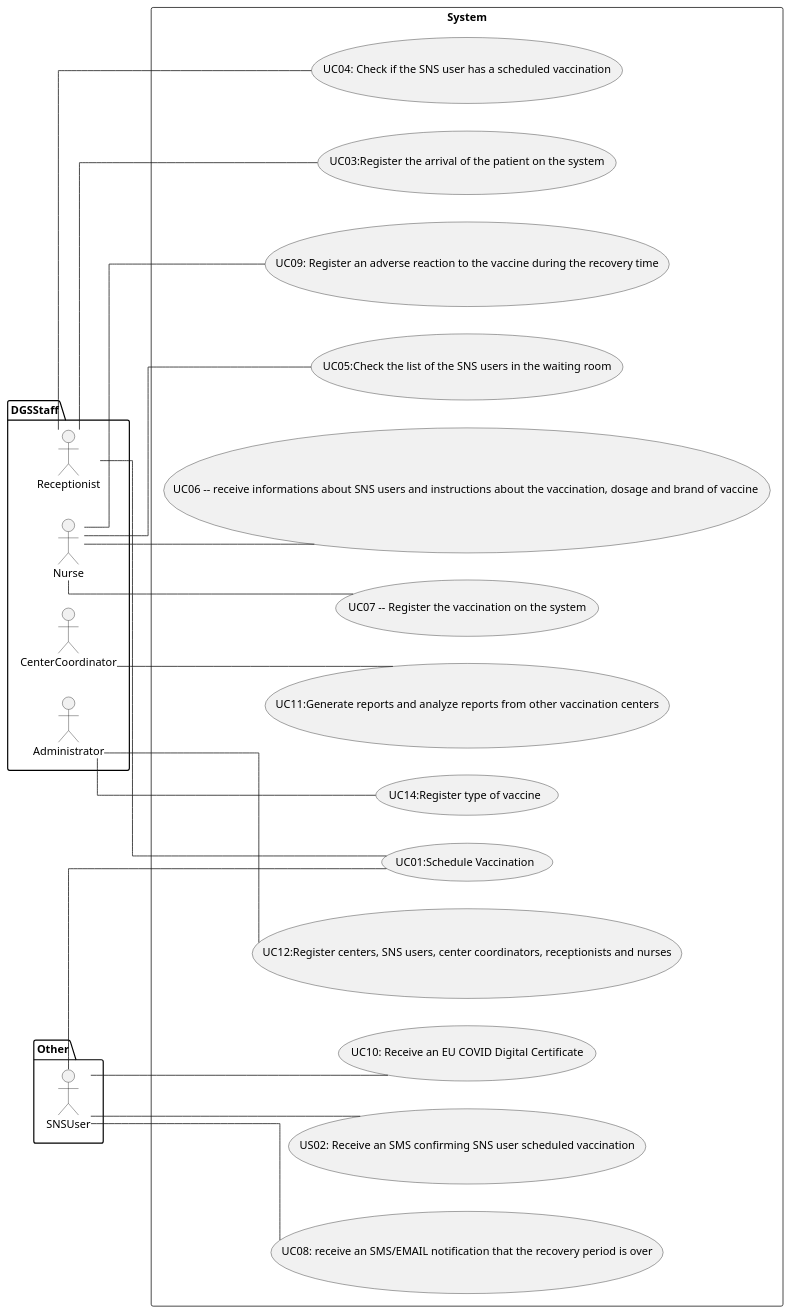
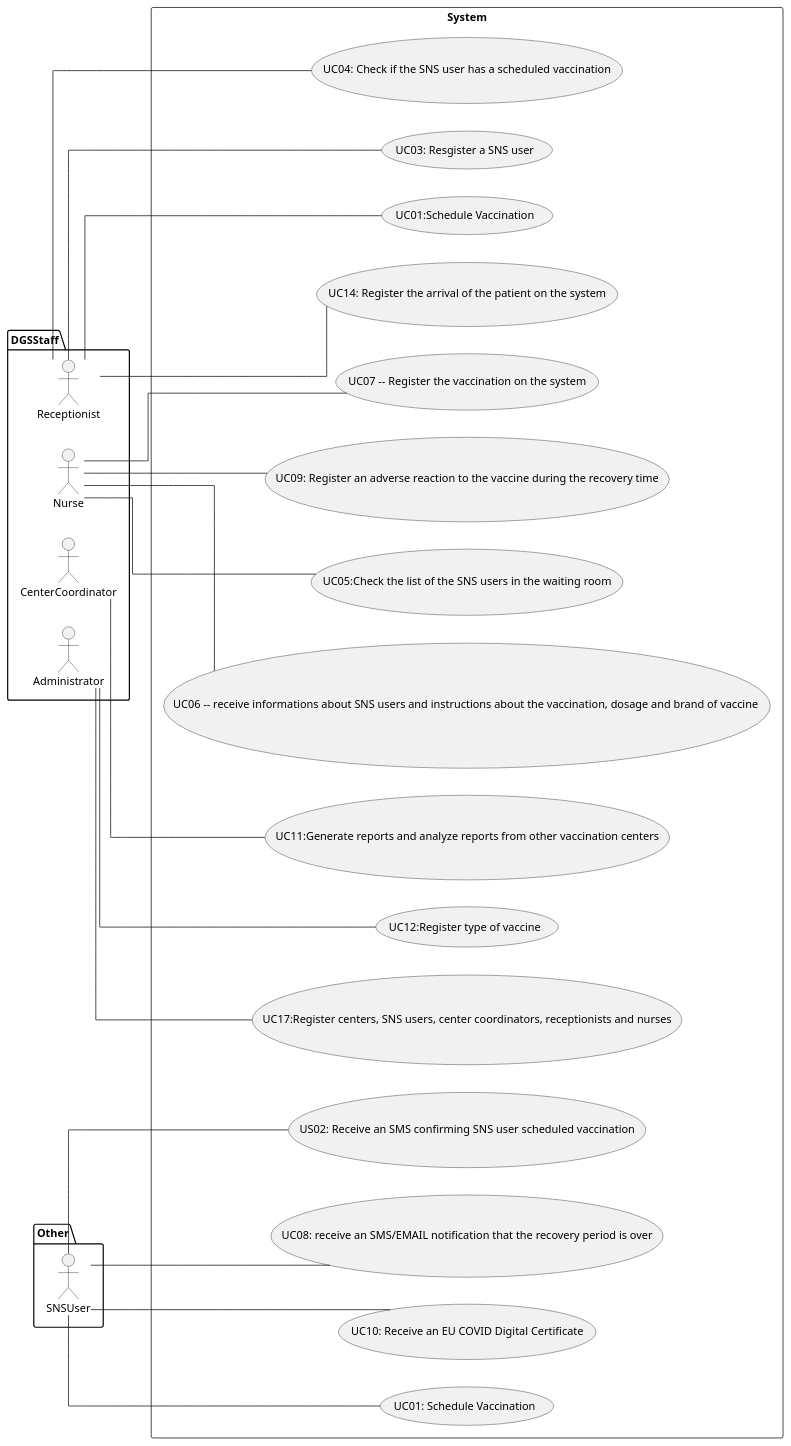
One commit to osnilas/SNSsystem changed the diagram in docs/SprintA/UCD.puml. Above: the diagram before and after it, drawn with PlantUML. The commit also changed 13 other files, not shown here.

Commit message:
[UC 10] and copy over docs of Sprint A and Update of US diagram

```diff
--- a/docs/SprintA/UCD.puml
+++ b/docs/SprintA/UCD.puml
@@ -1,36 +1,37 @@
 @startuml
 skinparam linetype ortho
 left to right direction
 
 package DGSStaff {
   actor Receptionist
   actor Nurse
   actor CenterCoordinator
   actor Administrator
 
 }
 package Other {
 actor SNSUser
 }
 
 rectangle System {
-    Receptionist -- (UC03:Register the arrival of the patient on the system)
+    Receptionist -- (UC14: Register the arrival of the patient on the system)
     Receptionist -- (UC04: Check if the SNS user has a scheduled vaccination)
-    SNSUser -- (UC01:Schedule Vaccination)
+    Receptionist -- (UC03: Resgister a SNS user)
+    SNSUser -- (UC01: Schedule Vaccination)
     SNSUser -- (US02: Receive an SMS confirming SNS user scheduled vaccination)
     Nurse -- (UC05:Check the list of the SNS users in the waiting room)
     CenterCoordinator  -- (UC11:Generate reports and analyze reports from other vaccination centers)
-    Administrator -- (UC12:Register centers, SNS users, center coordinators, receptionists and nurses)
-    Administrator -- (UC14:Register type of vaccine)
+    Administrator -- (UC17:Register centers, SNS users, center coordinators, receptionists and nurses)
+    Administrator -- (UC12:Register type of vaccine)
     Nurse -- (UC06 -- receive informations about SNS users and instructions about the vaccination, dosage and brand of vaccine )
     Nurse -- (UC07 -- Register the vaccination on the system)
     SNSUser-- (UC08: receive an SMS/EMAIL notification that the recovery period is over)
     Nurse -- (UC09: Register an adverse reaction to the vaccine during the recovery time)
     SNSUser-- (UC10: Receive an EU COVID Digital Certificate)
     Receptionist -- (UC01:Schedule Vaccination)
 
 
 
 
    }
 @enduml
```
